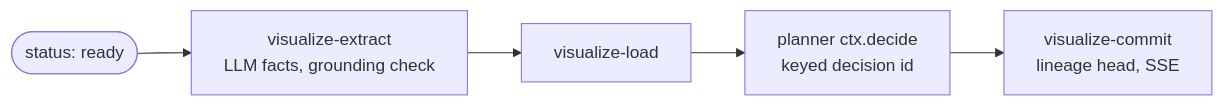
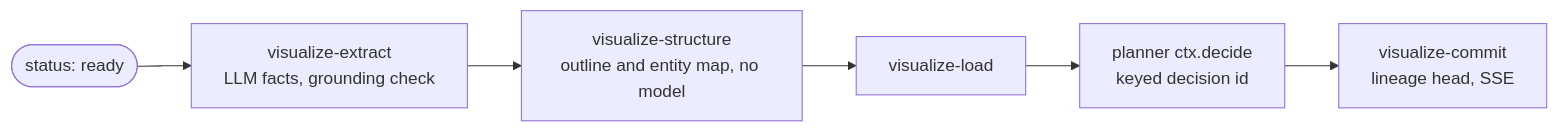
The third of 6 diagrams in docs/architecture.md (chhetrisushil/docmind), drawn with Mermaid before and after one commit. The commit also changed other lines of this file and 3 other files, not shown here.

First line of the commit message:
test(visuals): structure diagrams end to end; docs for phase c1

````diff
--- a/docs/architecture.md
+++ b/docs/architecture.md
@@ -171,5 +171,6 @@
 ```mermaid
 flowchart LR
   ready(["status: ready"]) --> extract["visualize-extract<br/>LLM facts, grounding check"]
-  extract --> load["visualize-load"] --> plan["planner ctx.decide<br/>keyed decision id"] --> commit["visualize-commit<br/>lineage head, SSE"]
+  extract --> structure["visualize-structure<br/>outline and entity map, no model"]
+  structure --> load["visualize-load"] --> plan["planner ctx.decide<br/>keyed decision id"] --> commit["visualize-commit<br/>lineage head, SSE"]
 ```
````
